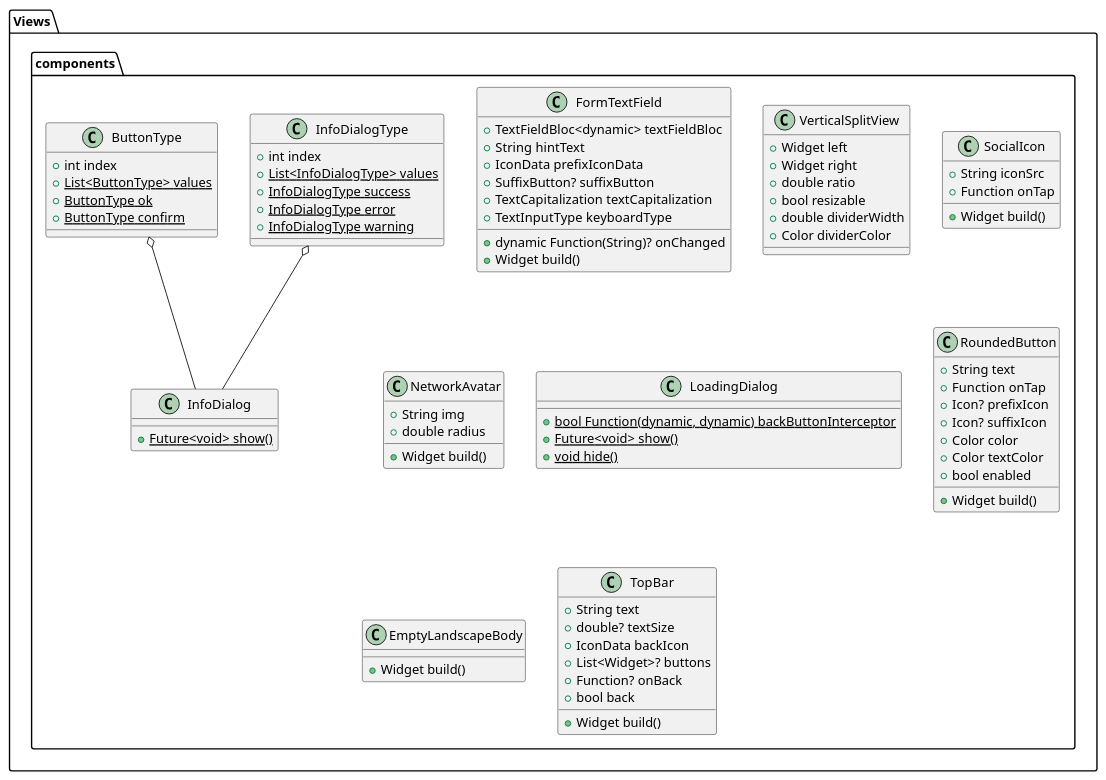
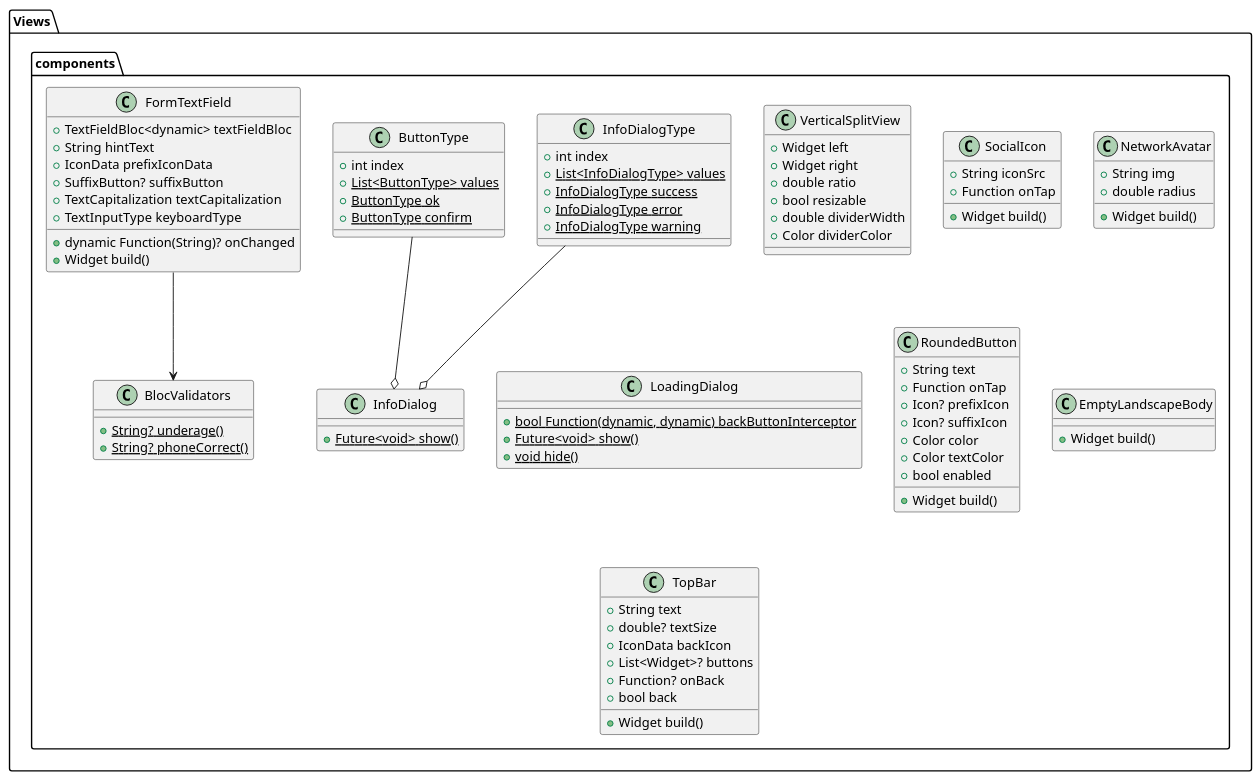
One commit to simoneghiazzi/DIMA changed the diagram in docs/View/uml_views3.puml. Above: the diagram before and after it, drawn with PlantUML. The commit also changed 8 other files, not shown here.

Commit message:
uml final png

```diff
--- a/docs/View/uml_views3.puml
+++ b/docs/View/uml_views3.puml
@@ -1,94 +1,100 @@
 @startuml ViewsUML
 set namespaceSeparator ::
 package Views {
     package components {
         class "InfoDialog" {
             {static} +Future<void> show()
         }
 
         class "InfoDialogType" {
             +int index
             {static} +List<InfoDialogType> values
             {static} +InfoDialogType success
             {static} +InfoDialogType error
             {static} +InfoDialogType warning
         }
-        "InfoDialogType" o-- "InfoDialog"
+        "InfoDialogType" --o "InfoDialog"
 
         class "ButtonType" {
             +int index
             {static} +List<ButtonType> values
             {static} +ButtonType ok
             {static} +ButtonType confirm
         }
-        "ButtonType" o-- "InfoDialog"
+        "ButtonType" --o "InfoDialog"
 
         class "FormTextField" {
             +TextFieldBloc<dynamic> textFieldBloc
             +String hintText
             +IconData prefixIconData
             +SuffixButton? suffixButton
             +TextCapitalization textCapitalization
             +TextInputType keyboardType
             +dynamic Function(String)? onChanged
             +Widget build()
+        }
+        "FormTextField" --> "BlocValidators"
+
+        class "BlocValidators" {
+            {static} +String? underage()
+            {static} +String? phoneCorrect()
         }
 
         class "VerticalSplitView" {
             +Widget left
             +Widget right
             +double ratio
             +bool resizable
             +double dividerWidth
             +Color dividerColor
         }
 
         class "SocialIcon" {
             +String iconSrc
             +Function onTap
             +Widget build()
         }
 
 
         class "NetworkAvatar" {
             +String img
             +double radius
             +Widget build()
         }
 
 
         class "LoadingDialog" {
             {static} +bool Function(dynamic, dynamic) backButtonInterceptor
             {static} +Future<void> show()
             {static} +void hide()
         }
 
 
         class "RoundedButton" {
             +String text
             +Function onTap
             +Icon? prefixIcon
             +Icon? suffixIcon
             +Color color
             +Color textColor
             +bool enabled
             +Widget build()
         }
 
         class "EmptyLandscapeBody" {
             +Widget build()
         }
 
         class "TopBar" {
             +String text
             +double? textSize
             +IconData backIcon
             +List<Widget>? buttons
             +Function? onBack
             +bool back
             +Widget build()
         }
     }
 }
 
 @enduml
```
